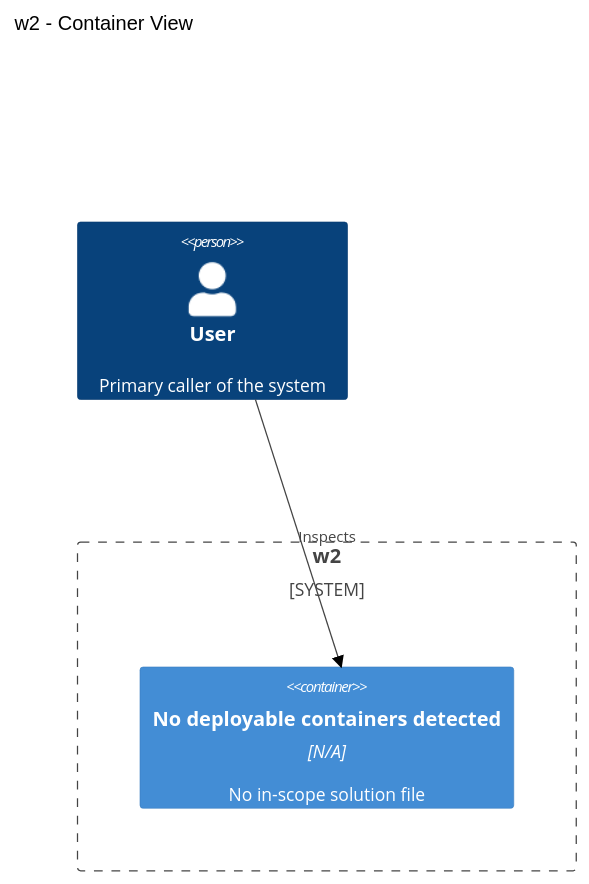
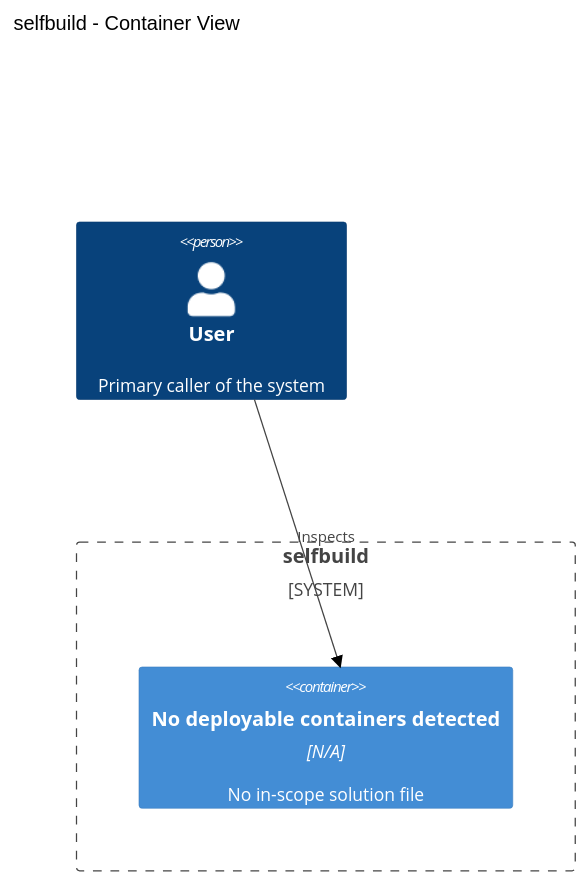
Before and after one commit to HeWhoRoams/AppDoc: the diagram in docs/diagrams/c4-container.md, drawn with Mermaid (forest theme). The commit also changed other lines of this file and 75 other files, not shown here.

````diff
--- a/docs/diagrams/c4-container.md
+++ b/docs/diagrams/c4-container.md
@@ -14,9 +14,9 @@
 ```mermaid
 C4Container
-title w2 - Container View
+title selfbuild - Container View
 Person(user, "User", "Primary caller of the system")
-System_Boundary(system_boundary, "w2") {
+System_Boundary(system_boundary, "selfbuild") {
   Container(no_containers, "No deployable containers detected", "N/A", "No in-scope solution file")
 }
 Rel(user, no_containers, "Inspects")
 ```
````
